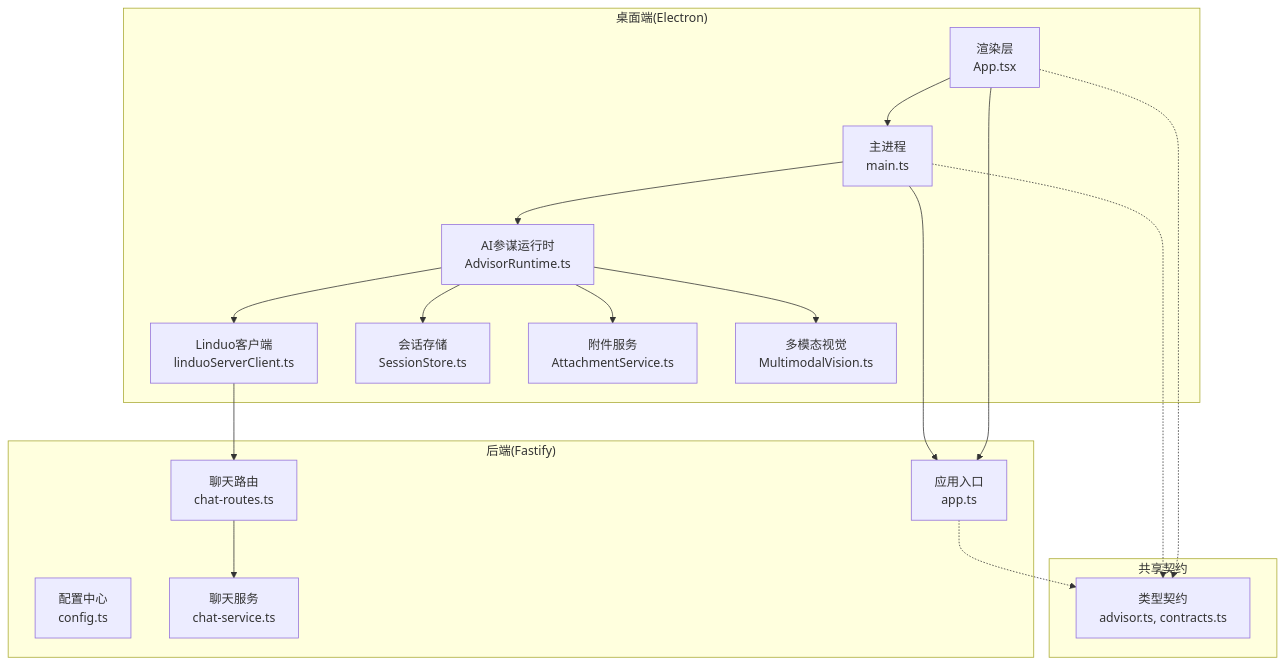
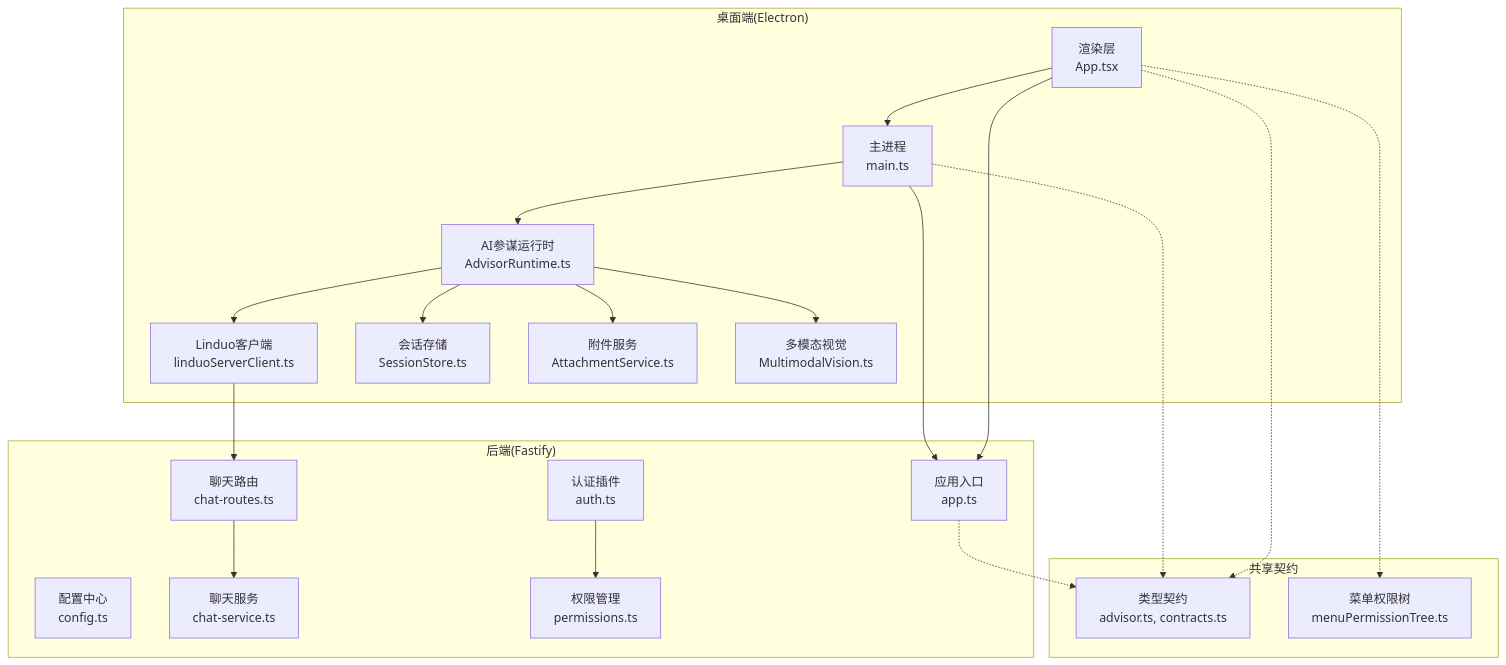
One commit to iljahofbauer219-lang/yandu changed the first of 13 diagrams in .qoder/repowiki/zh/content/核心服务/AI参谋系统架构.md. Above: the diagram before and after it, drawn with Mermaid. The commit also changed other lines of this file and 153 other files, not shown here.

````diff
--- a/.qoder/repowiki/zh/content/核心服务/AI参谋系统架构.md
+++ b/.qoder/repowiki/zh/content/核心服务/AI参谋系统架构.md
@@ -59,34 +65,39 @@
 ```mermaid
 graph TB
 subgraph "桌面端(Electron)"
 Main["主进程<br/>main.ts"]
 Renderer["渲染层<br/>App.tsx"]
 Advisor["AI参谋运行时<br/>AdvisorRuntime.ts"]
 LinduoClient["Linduo客户端<br/>linduoServerClient.ts"]
 SessionStore["会话存储<br/>SessionStore.ts"]
 AttachmentService["附件服务<br/>AttachmentService.ts"]
 MultimodalVision["多模态视觉<br/>MultimodalVision.ts"]
 end
 subgraph "后端(Fastify)"
 App["应用入口<br/>app.ts"]
 Config["配置中心<br/>config.ts"]
 ChatRoutes["聊天路由<br/>chat-routes.ts"]
 ChatService["聊天服务<br/>chat-service.ts"]
+AuthPlugin["认证插件<br/>auth.ts"]
+Permissions["权限管理<br/>permissions.ts"]
 end
 subgraph "共享契约"
 Contracts["类型契约<br/>advisor.ts, contracts.ts"]
+MenuPerm["菜单权限树<br/>menuPermissionTree.ts"]
 end
 Renderer --> Main
 Renderer --> App
 Main --> App
 Main --> Advisor
 Advisor --> LinduoClient
 Advisor --> SessionStore
 Advisor --> AttachmentService
 Advisor --> MultimodalVision
 LinduoClient --> ChatRoutes
 ChatRoutes --> ChatService
+AuthPlugin --> Permissions
 Renderer -.-> Contracts
+Renderer -.-> MenuPerm
 Main -.-> Contracts
 App -.-> Contracts
 ```
````
